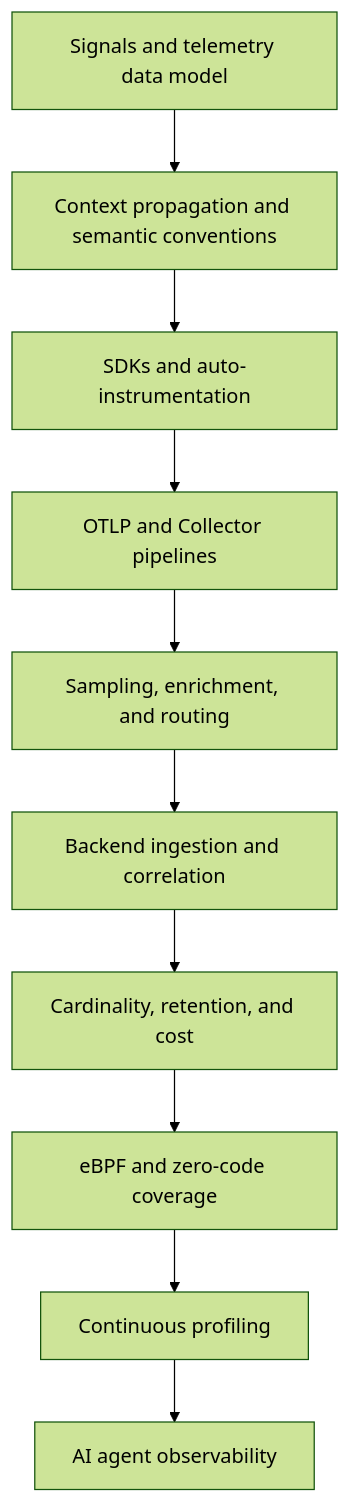
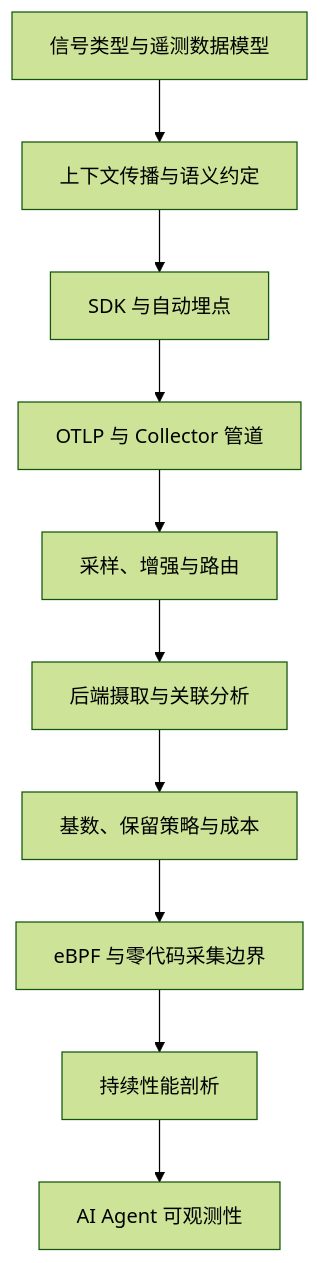
The third of 3 diagrams in README.md (XiaoWeiKIN/Observability-Fieldnotes), drawn with Mermaid (forest theme) before and after one commit. The commit also changed other lines of this file, not shown here.

````diff
--- a/README.md
+++ b/README.md
@@ -91,12 +91,12 @@
 ```mermaid
 flowchart TD
-    A["Signals and telemetry data model"] --> B["Context propagation and semantic conventions"]
-    B --> C["SDKs and auto-instrumentation"]
-    C --> D["OTLP and Collector pipelines"]
-    D --> E["Sampling, enrichment, and routing"]
-    E --> F["Backend ingestion and correlation"]
-    F --> G["Cardinality, retention, and cost"]
-    G --> H["eBPF and zero-code coverage"]
-    H --> I["Continuous profiling"]
-    I --> J["AI agent observability"]
+    A["信号类型与遥测数据模型"] --> B["上下文传播与语义约定"]
+    B --> C["SDK 与自动埋点"]
+    C --> D["OTLP 与 Collector 管道"]
+    D --> E["采样、增强与路由"]
+    E --> F["后端摄取与关联分析"]
+    F --> G["基数、保留策略与成本"]
+    G --> H["eBPF 与零代码采集边界"]
+    H --> I["持续性能剖析"]
+    I --> J["AI Agent 可观测性"]
 ```
````
